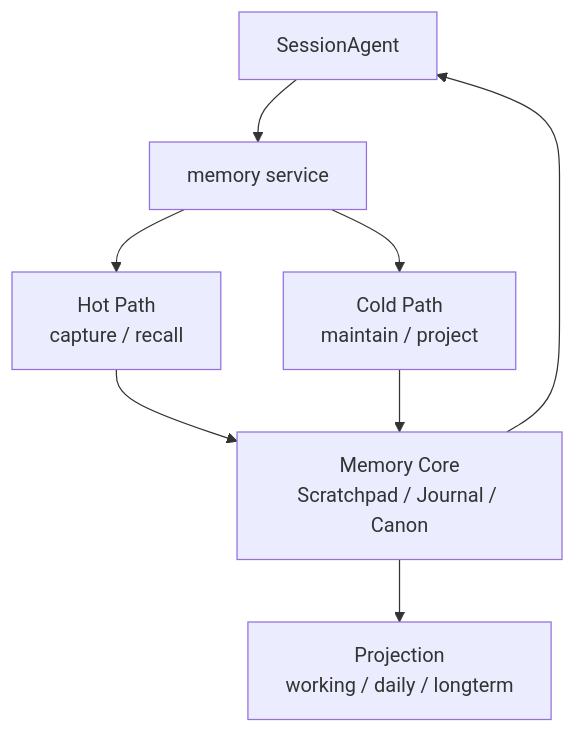
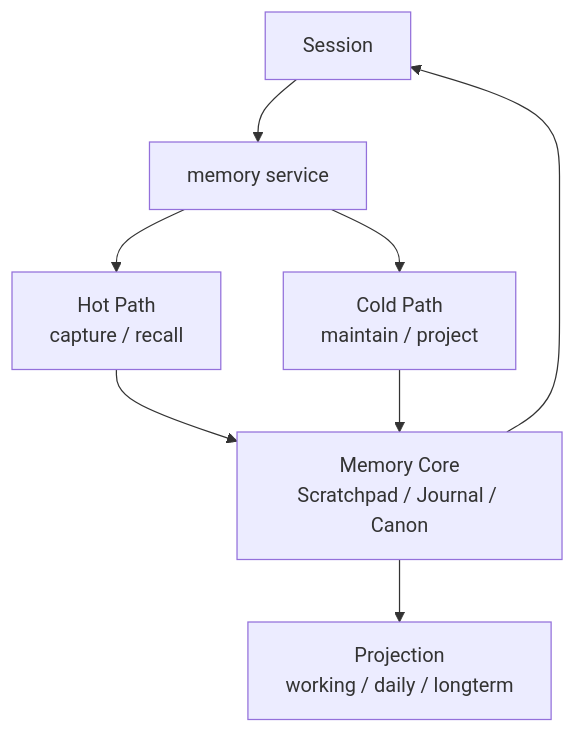
Before and after one commit to wangenius/downcity: the second of 3 diagrams in homepage/content/devdocs/zh/memory/v3-design.mdx, drawn with Mermaid. The commit also changed other lines of this file and 37 other files, not shown here.

````diff
--- a/homepage/content/devdocs/zh/memory/v3-design.mdx
+++ b/homepage/content/devdocs/zh/memory/v3-design.mdx
@@ -67,17 +62,17 @@
 ```mermaid
 flowchart TD
-  CA["SessionAgent"]
+  S["Session"]
   MS["memory service"]
   HOT["Hot Path<br/>capture / recall"]
   COLD["Cold Path<br/>maintain / project"]
   CORE["Memory Core<br/>Scratchpad / Journal / Canon"]
   VIEW["Projection<br/>working / daily / longterm"]
 
-  CA --> MS
+  S --> MS
   MS --> HOT
   MS --> COLD
   HOT --> CORE
   COLD --> CORE
   CORE --> VIEW
-  CORE --> CA
+  CORE --> S
 ```
````
